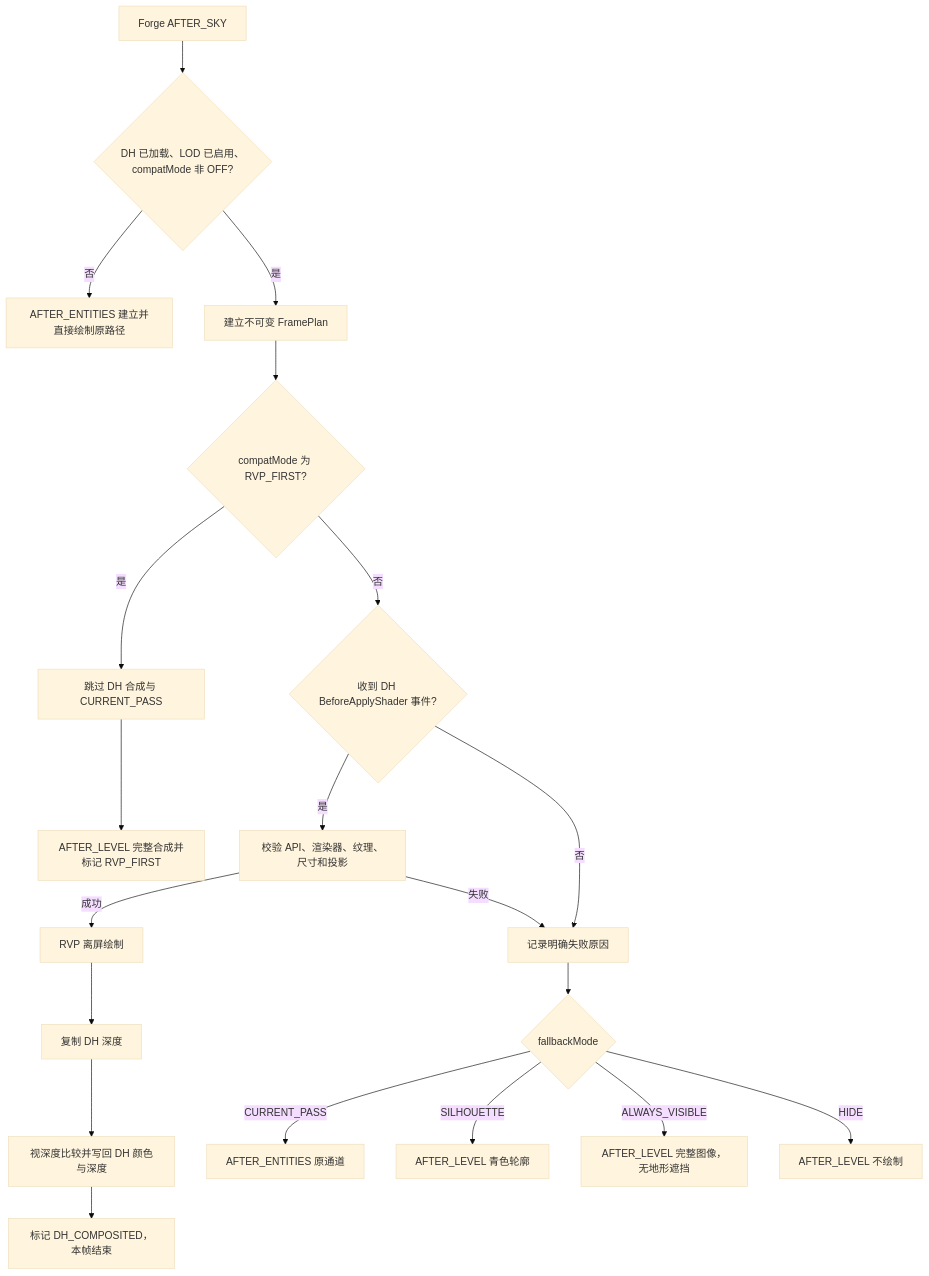
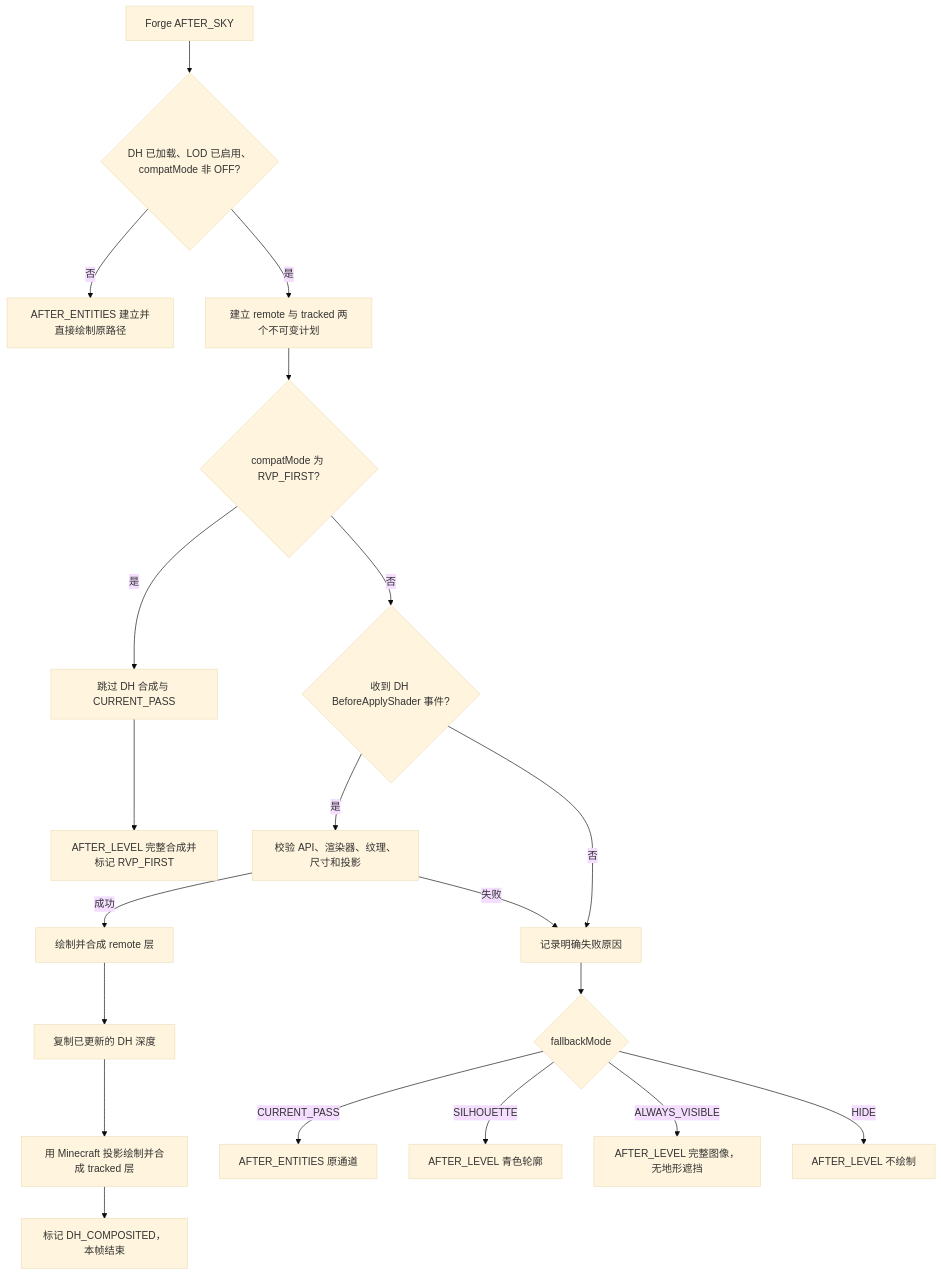
The diagram in docs/RVP载具渲染/RVP_DistantHorizons地形LOD遮挡兼容技术文档与调参指南_20260829.md (TV90/limitless-vehicle-rvp-addon), drawn with Mermaid (base theme) before and after one commit. The commit also changed other lines of this file and 25 other files, not shown here.

````diff
--- a/docs/RVP载具渲染/RVP_DistantHorizons地形LOD遮挡兼容技术文档与调参指南_20260829.md
+++ b/docs/RVP载具渲染/RVP_DistantHorizons地形LOD遮挡兼容技术文档与调参指南_20260829.md
@@ -52,22 +59,22 @@
 ```mermaid
 flowchart TD
     A[Forge AFTER_SKY] --> B{DH 已加载、LOD 已启用、compatMode 非 OFF?}
     B -- 否 --> C[AFTER_ENTITIES 建立并直接绘制原路径]
-    B -- 是 --> D[建立不可变 FramePlan]
+    B -- 是 --> D[建立 remote 与 tracked 两个不可变计划]
     D --> Q{compatMode 为 RVP_FIRST?}
     Q -- 是 --> R[跳过 DH 合成与 CURRENT_PASS]
     R --> S[AFTER_LEVEL 完整合成并标记 RVP_FIRST]
     Q -- 否 --> E{收到 DH BeforeApplyShader 事件?}
     E -- 是 --> F[校验 API、渲染器、纹理、尺寸和投影]
-    F -- 成功 --> G[RVP 离屏绘制]
-    G --> H[复制 DH 深度]
-    H --> I[视深度比较并写回 DH 颜色与深度]
+    F -- 成功 --> G[绘制并合成 remote 层]
+    G --> H[复制已更新的 DH 深度]
+    H --> I[用 Minecraft 投影绘制并合成 tracked 层]
     I --> J[标记 DH_COMPOSITED，本帧结束]
     F -- 失败 --> K[记录明确失败原因]
     E -- 否 --> K
     K --> L{fallbackMode}
     L -- CURRENT_PASS --> M[AFTER_ENTITIES 原通道]
     L -- SILHOUETTE --> N[AFTER_LEVEL 青色轮廓]
     L -- ALWAYS_VISIBLE --> O[AFTER_LEVEL 完整图像，无地形遮挡]
     L -- HIDE --> P[AFTER_LEVEL 不绘制]
 ```
````
